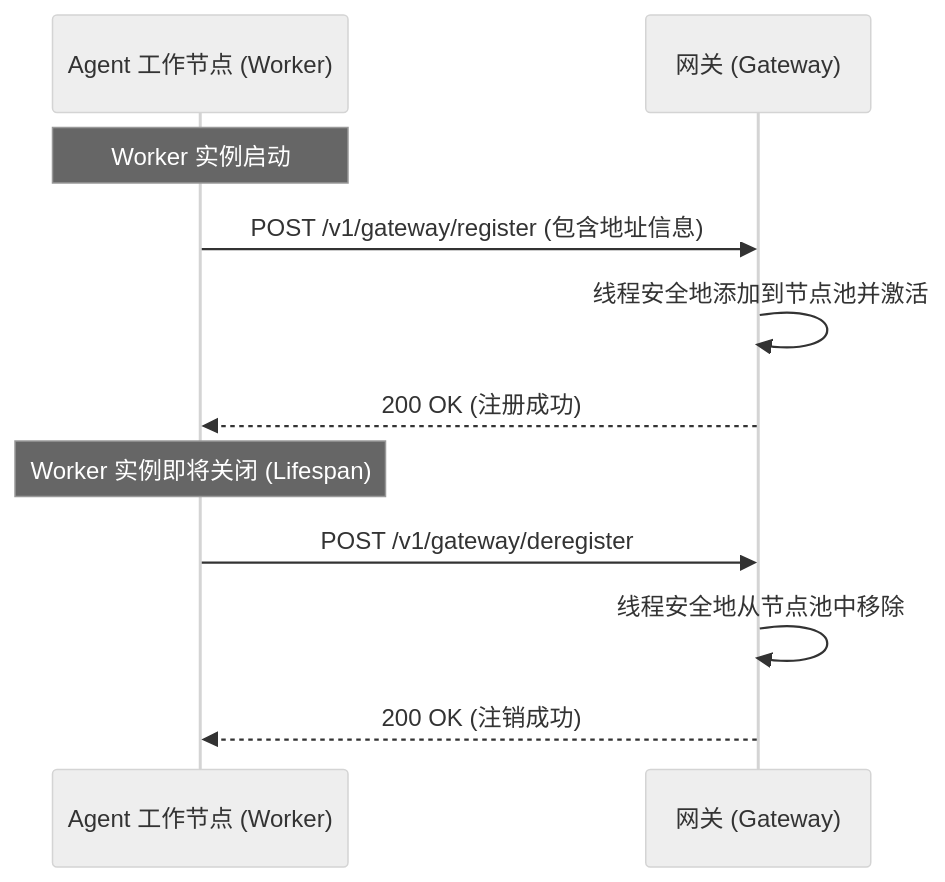
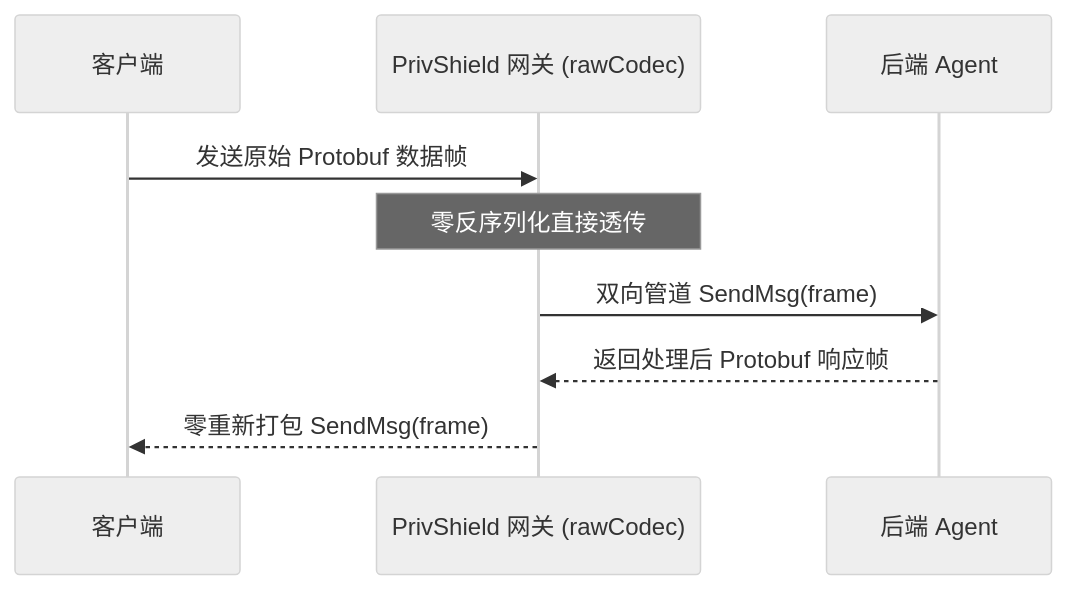
Before and after one commit to fengzhizi319/PrivShield: the first of 3 diagrams in docs/gateway_balancer/optimizations.md, drawn with Mermaid (neutral theme). The commit also changed other lines of this file and 10 other files, not shown here.

Commit message:
docs(gateway): synchronize all gateway and load balancer documents with Go cloud-native architecture

````diff
--- a/docs/gateway_balancer/optimizations.md
+++ b/docs/gateway_balancer/optimizations.md
@@ -49,15 +106,12 @@
-```mermaid
-sequenceDiagram
-    participant Worker as Agent 工作节点 (Worker)
-    participant Gateway as 网关 (Gateway)
-    
-    Note over Worker: Worker 实例启动
-    Worker ->> Gateway: POST /v1/gateway/register (包含地址信息)
-    Gateway ->> Gateway: 线程安全地添加到节点池并激活
-    Gateway -->> Worker: 200 OK (注册成功)
-    
-    Note over Worker: Worker 实例即将关闭 (Lifespan)
-    Worker ->> Gateway: POST /v1/gateway/deregister
-    Gateway ->> Gateway: 线程安全地从节点池中移除
-    Gateway -->> Worker: 200 OK (注销成功)
-```
+   ```mermaid
+   sequenceDiagram
+       participant Client as 客户端
+       participant GW as PrivShield 网关 (rawCodec)
+       participant Agent as 后端 Agent
+       
+       Client ->> GW: 发送原始 Protobuf 数据帧
+       Note over GW: 零反序列化直接透传
+       GW ->> Agent: 双向管道 SendMsg(frame)
+       Agent -->> GW: 返回处理后 Protobuf 响应帧
+       GW -->> Client: 零重新打包 SendMsg(frame)
+   ```
````
